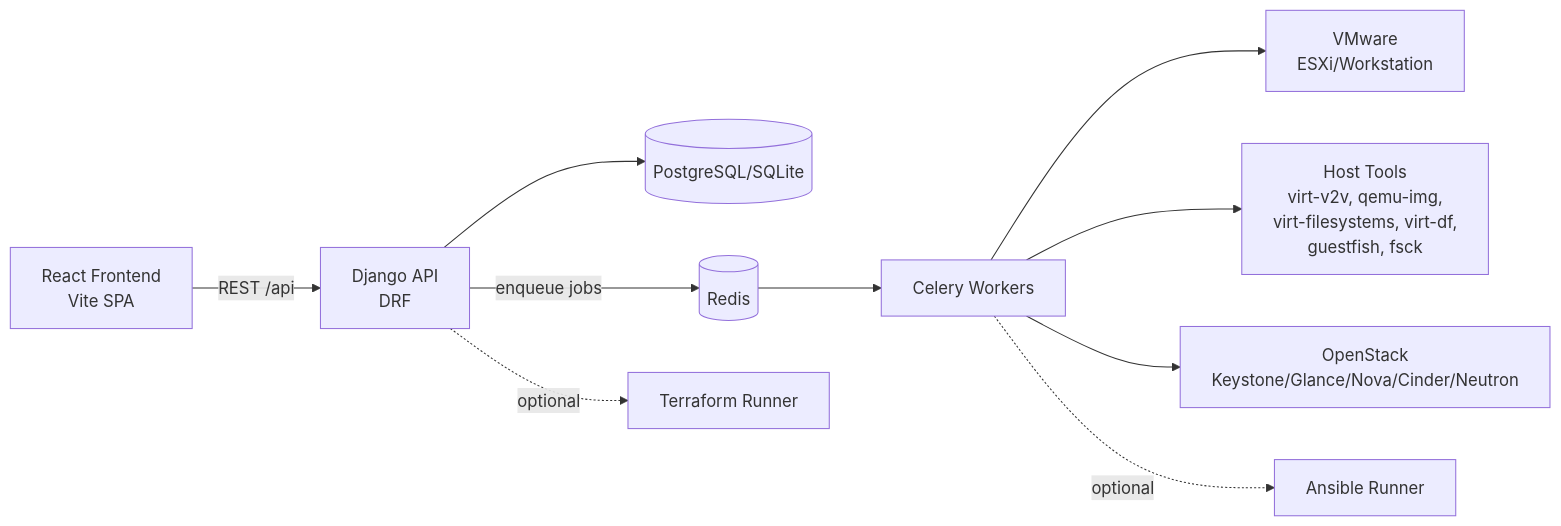
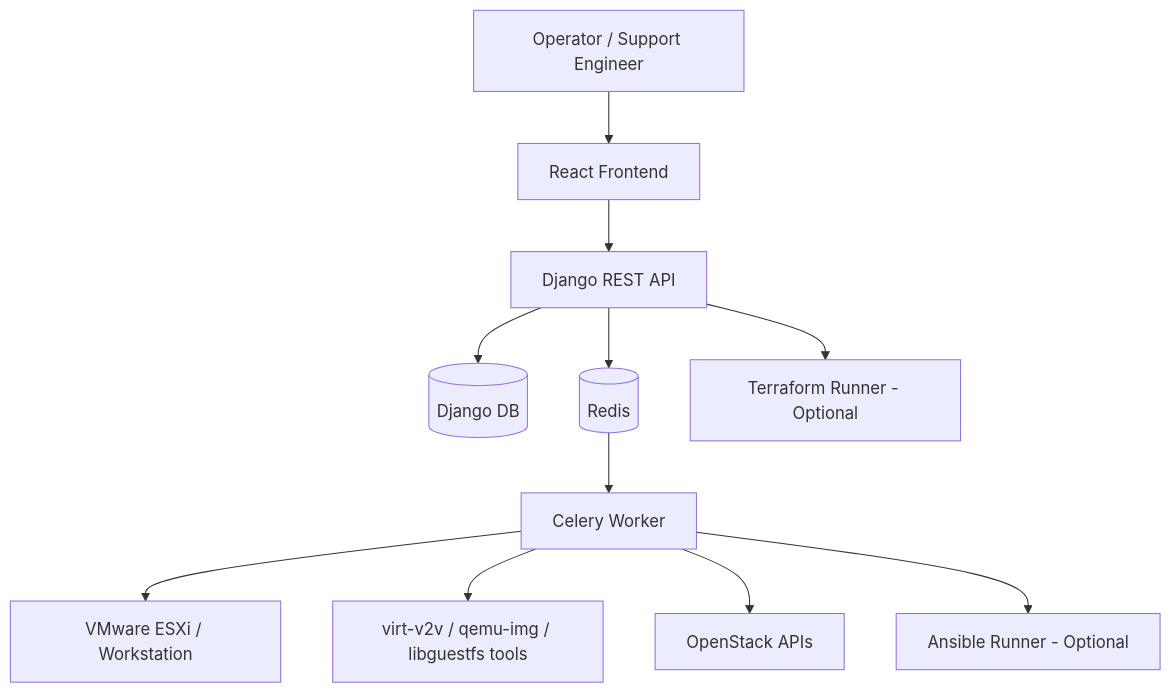
One commit to amineammari/vm-migrator changed the first of 11 diagrams in README.md. Above: the diagram before and after it, drawn with Mermaid. The commit also changed other lines of this file, not shown here.

````diff
--- a/README.md
+++ b/README.md
@@ -20,14 +89,15 @@
 ```mermaid
-flowchart LR
-  UI[React Frontend\nVite SPA] -->|REST /api| API[Django API\nDRF]
-  API --> DB[(PostgreSQL/SQLite)]
-  API -->|enqueue jobs| REDIS[(Redis)]
-  REDIS --> WORKER[Celery Workers]
+graph TD
+  User[Operator / Support Engineer] --> FE[React Frontend]
+  FE --> API[Django REST API]
+  API --> DB[(Django DB)]
+  API --> Redis[(Redis)]
+  Redis --> Worker[Celery Worker]
 
-  WORKER --> VMWARE[VMware\nESXi/Workstation]
-  WORKER --> TOOLS[Host Tools\nvirt-v2v, qemu-img,\nvirt-filesystems, virt-df,\nguestfish, fsck]
-  WORKER --> OPENSTACK[OpenStack\nKeystone/Glance/Nova/Cinder/Neutron]
+  Worker --> VMware[VMware ESXi / Workstation]
+  Worker --> ConvTools[virt-v2v / qemu-img / libguestfs tools]
+  Worker --> OpenStack[OpenStack APIs]
 
-  API -.optional.-> TF[Terraform Runner]
-  WORKER -.optional.-> ANS[Ansible Runner]
+  API --> TF[Terraform Runner - Optional]
+  Worker --> Ansible[Ansible Runner - Optional]
 ```
````
